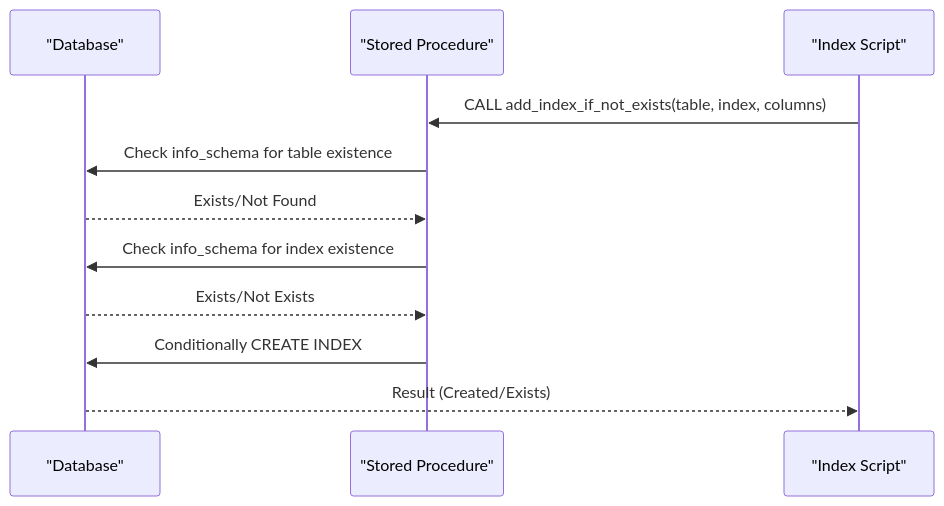
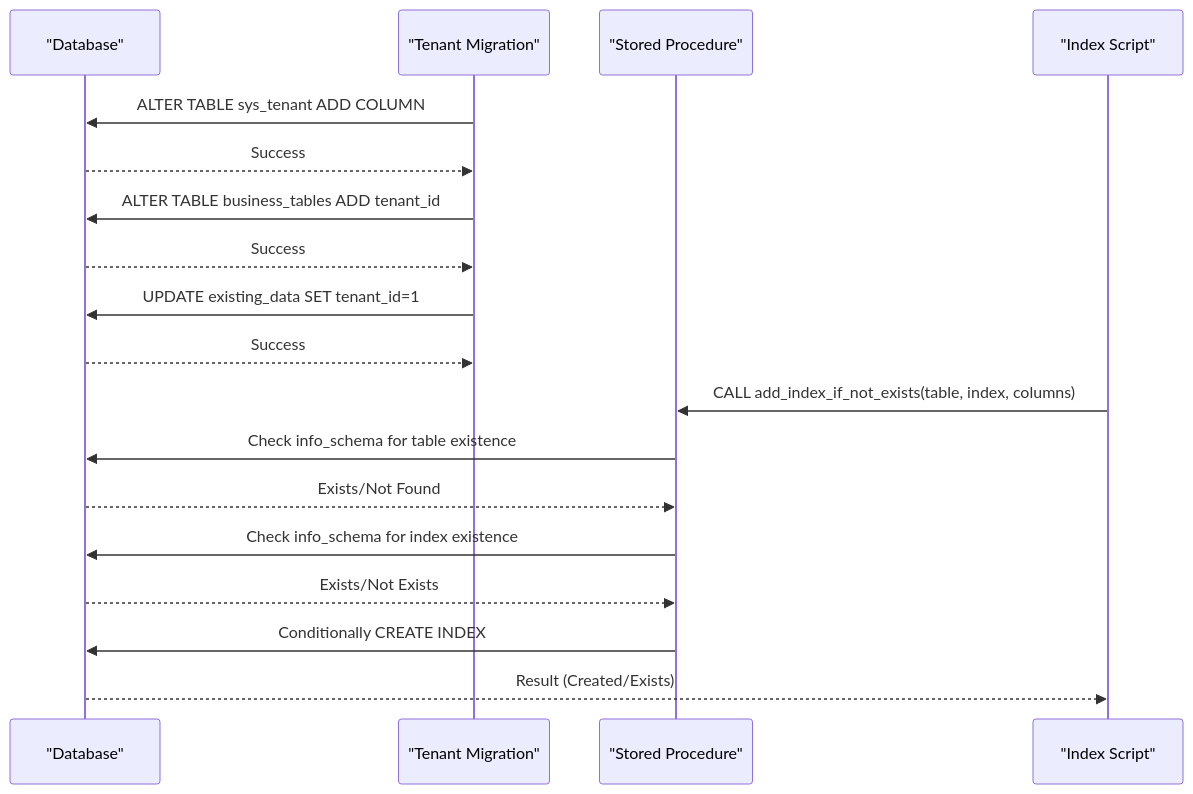
Before and after one commit to bo961386926/Survey-App: the fourth of 5 diagrams in .qoder/repowiki/en/content/Database Design/Database Design.md, drawn with Mermaid. The commit also changed other lines of this file and 18 other files, not shown here.

````diff
--- a/.qoder/repowiki/en/content/Database Design/Database Design.md
+++ b/.qoder/repowiki/en/content/Database Design/Database Design.md
@@ -740,13 +514,20 @@
 ```mermaid
 sequenceDiagram
 participant DB as "Database"
+participant TenantScript as "Tenant Migration"
 participant Proc as "Stored Procedure"
 participant Script as "Index Script"
+TenantScript->>DB : ALTER TABLE sys_tenant ADD COLUMN
+DB-->>TenantScript : Success
+TenantScript->>DB : ALTER TABLE business_tables ADD tenant_id
+DB-->>TenantScript : Success
+TenantScript->>DB : UPDATE existing_data SET tenant_id=1
+DB-->>TenantScript : Success
 Script->>Proc : CALL add_index_if_not_exists(table, index, columns)
 Proc->>DB : Check info_schema for table existence
 DB-->>Proc : Exists/Not Found
 Proc->>DB : Check info_schema for index existence
 DB-->>Proc : Exists/Not Exists
 Proc->>DB : Conditionally CREATE INDEX
 DB-->>Script : Result (Created/Exists)
 ```
````
